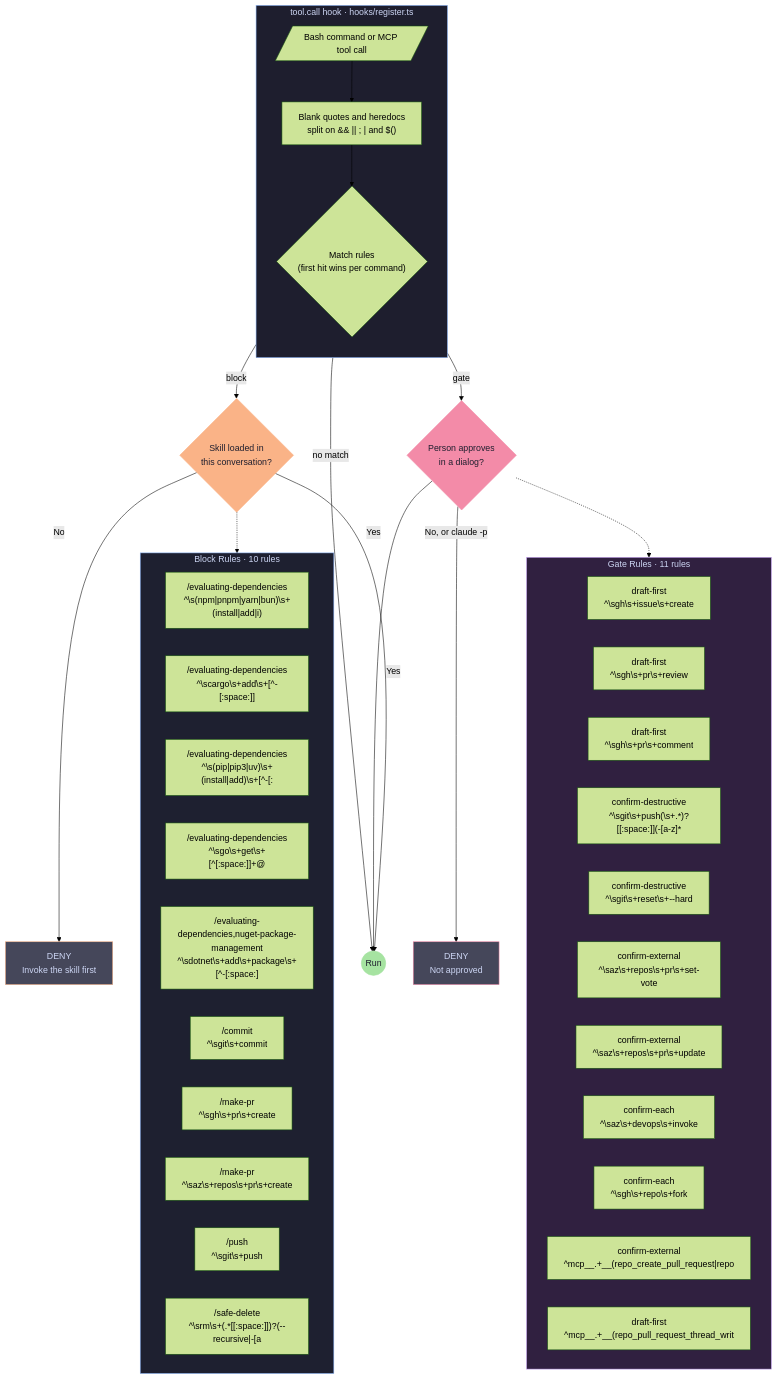
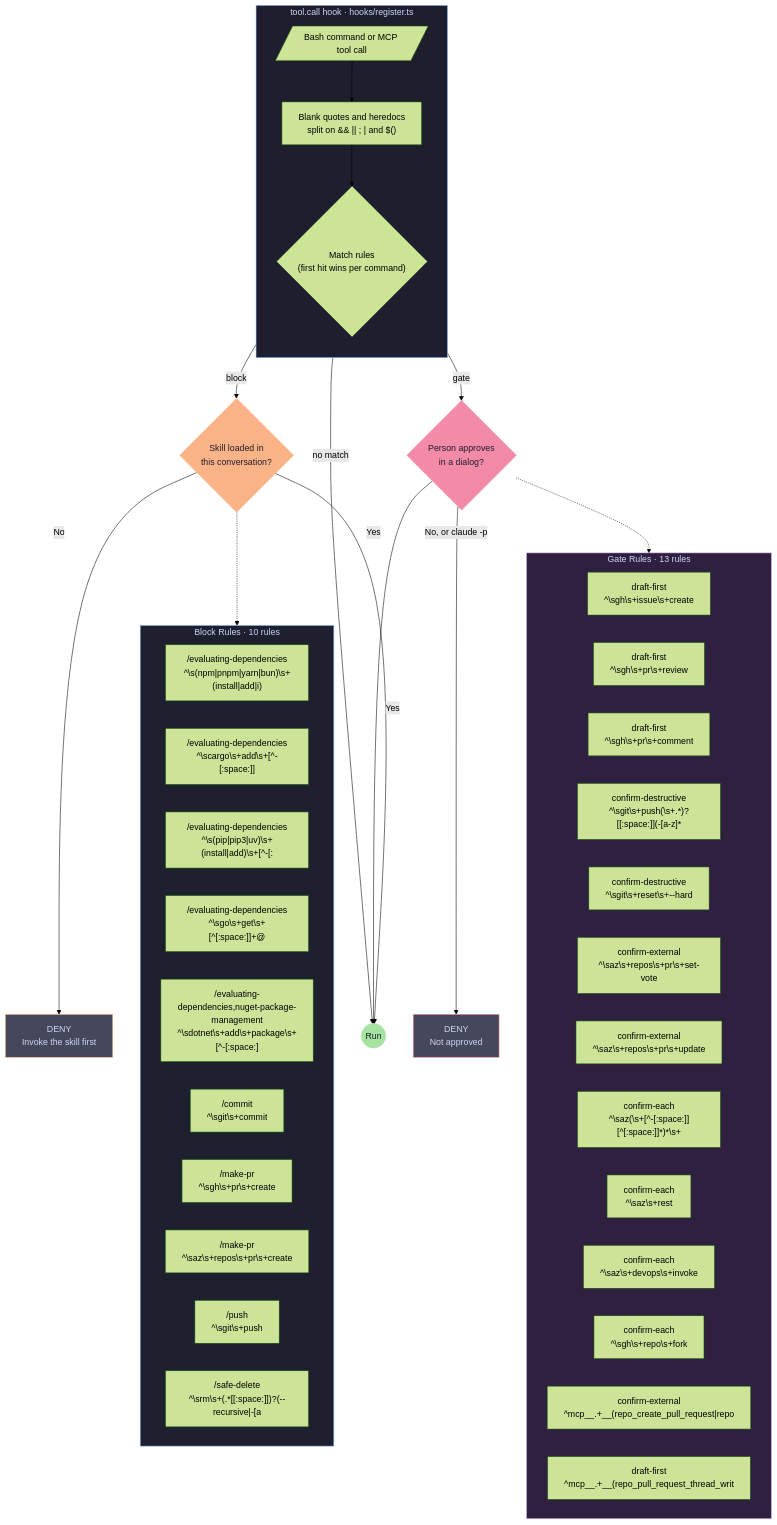
The diagram in plugins/skill-router/diagrams/hook-flow.mmd (Saturate/agents), drawn with Mermaid (forest theme) before and after one commit. The commit also changed 6 other files, not shown here.

```diff
--- a/plugins/skill-router/diagrams/hook-flow.mmd
+++ b/plugins/skill-router/diagrams/hook-flow.mmd
@@ -1,64 +1,66 @@
 %% Auto-generated from advisor-rules.conf — do not edit by hand
 %% Regenerate: bash plugins/skill-router/scripts/generate-diagrams.sh
 flowchart TB
     subgraph hook["tool.call hook · hooks/register.ts"]
         direction TB
         CMD[/"Bash command or MCP tool call"/]
         NORM["Blank quotes and heredocs\nsplit on && || ; | and $()"]
         MATCH{"Match rules\n(first hit wins per command)"}
 
         CMD --> NORM --> MATCH
     end
 
     LOADED{"Skill loaded in\nthis conversation?"}
     ASK{"Person approves\nin a dialog?"}
     DENY1["DENY\nInvoke the skill first"]
     DENY2["DENY\nNot approved"]
     PASS(("Run"))
 
     MATCH -->|"block"| LOADED
     MATCH -->|"gate"| ASK
     MATCH -->|"no match"| PASS
     LOADED -->|"Yes"| PASS
     LOADED -->|"No"| DENY1
     ASK -->|"Yes"| PASS
     ASK -->|"No, or claude -p"| DENY2
 
-    subgraph gates["Gate Rules · 11 rules"]
+    subgraph gates["Gate Rules · 13 rules"]
         G1["draft-first\n^\sgh\s+issue\s+create"]
         G2["draft-first\n^\sgh\s+pr\s+review"]
         G3["draft-first\n^\sgh\s+pr\s+comment"]
         G4["confirm-destructive\n^\sgit\s+push(\s+.*)?[[:space:]](-[a-z]*"]
         G5["confirm-destructive\n^\sgit\s+reset\s+--hard"]
         G6["confirm-external\n^\saz\s+repos\s+pr\s+set-vote"]
         G7["confirm-external\n^\saz\s+repos\s+pr\s+update"]
-        G8["confirm-each\n^\saz\s+devops\s+invoke"]
-        G9["confirm-each\n^\sgh\s+repo\s+fork"]
-        G10["confirm-external\n^mcp__.+__(repo_create_pull_request|repo"]
-        G11["draft-first\n^mcp__.+__(repo_pull_request_thread_writ"]
+        G8["confirm-each\n^\saz(\s+[^-[:space:]][^[:space:]]*)*\s+"]
+        G9["confirm-each\n^\saz\s+rest"]
+        G10["confirm-each\n^\saz\s+devops\s+invoke"]
+        G11["confirm-each\n^\sgh\s+repo\s+fork"]
+        G12["confirm-external\n^mcp__.+__(repo_create_pull_request|repo"]
+        G13["draft-first\n^mcp__.+__(repo_pull_request_thread_writ"]
     end
 
     subgraph blocks["Block Rules · 10 rules"]
         B1["/evaluating-dependencies\n^\s(npm|pnpm|yarn|bun)\s+(install|add|i)"]
         B2["/evaluating-dependencies\n^\scargo\s+add\s+[^-[:space:]]"]
         B3["/evaluating-dependencies\n^\s(pip|pip3|uv)\s+(install|add)\s+[^-[:"]
         B4["/evaluating-dependencies\n^\sgo\s+get\s+[^[:space:]]+@"]
         B5["/evaluating-dependencies,nuget-package-management\n^\sdotnet\s+add\s+package\s+[^-[:space:]"]
         B6["/commit\n^\sgit\s+commit"]
         B7["/make-pr\n^\sgh\s+pr\s+create"]
         B8["/make-pr\n^\saz\s+repos\s+pr\s+create"]
         B9["/push\n^\sgit\s+push"]
         B10["/safe-delete\n^\srm\s+(.*[[:space:]])?(--recursive|-[a"]
     end
 
     ASK -.-> gates
     LOADED -.-> blocks
 
     style hook fill:#1e1e2e,stroke:#89b4fa,color:#cdd6f4
     style ASK fill:#f38ba8,stroke:#f38ba8,color:#1e1e2e
     style LOADED fill:#fab387,stroke:#fab387,color:#1e1e2e
     style DENY1 fill:#45475a,stroke:#fab387,color:#cdd6f4
     style DENY2 fill:#45475a,stroke:#f38ba8,color:#cdd6f4
     style PASS fill:#a6e3a1,stroke:#a6e3a1,color:#1e1e2e
     style gates fill:#302040,stroke:#cba6f7,color:#cdd6f4
     style blocks fill:#1e2030,stroke:#89b4fa,color:#cdd6f4
```
